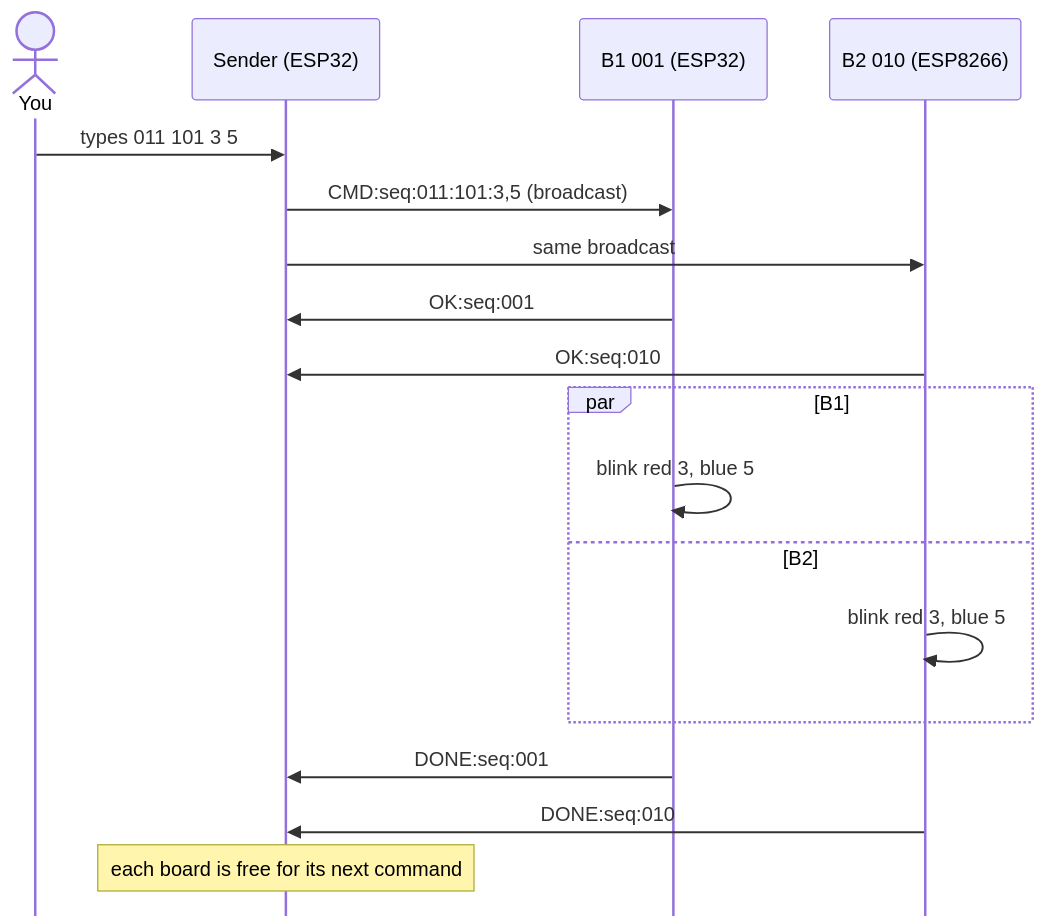
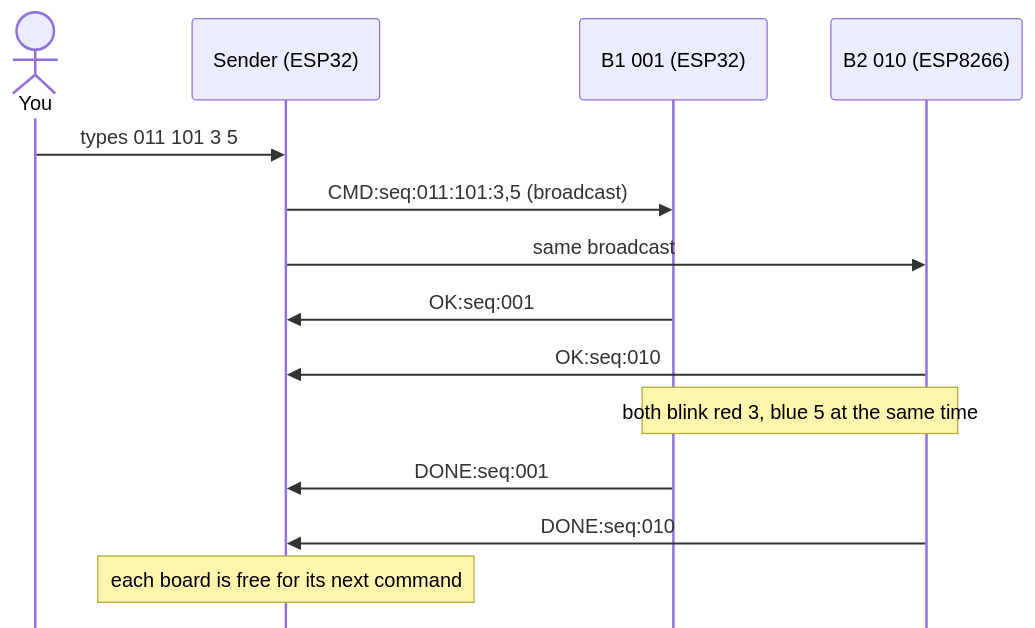
One commit to mike-segfault/low-cost-distributed-sync changed the second of 2 diagrams in src/communication/06-multi-board/DIAGRAM.md. Above: the diagram before and after it, drawn with Mermaid. The commit also changed 1 other file, not shown here.

Commit message:
Update multi-board diagram and add token ring

````diff
--- a/src/communication/06-multi-board/DIAGRAM.md
+++ b/src/communication/06-multi-board/DIAGRAM.md
@@ -14,21 +14,17 @@
 ```mermaid
 %%{init: {"sequence": {"mirrorActors": false}}}%%
 sequenceDiagram
     actor U as You
     participant S as Sender (ESP32)
     participant B1 as B1 001 (ESP32)
     participant B2 as B2 010 (ESP8266)
     U->>S: types 011 101 3 5
     S->>B1: CMD:seq:011:101:3,5 (broadcast)
     S->>B2: same broadcast
     B1->>S: OK:seq:001
     B2->>S: OK:seq:010
-    par B1
-        B1->>B1: blink red 3, blue 5
-    and B2
-        B2->>B2: blink red 3, blue 5
-    end
+    Note over B1,B2: both blink red 3, blue 5 at the same time
     B1->>S: DONE:seq:001
     B2->>S: DONE:seq:010
     Note over S: each board is free for its next command
 ```
````
